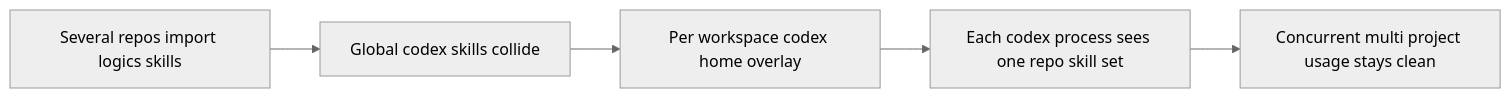
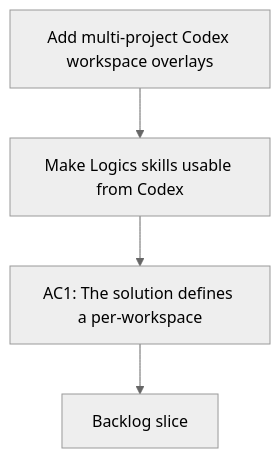
The diagram in logics/request/req_067_add_multi_project_codex_workspace_overlays_for_logics_skills.md (AlexAgo83/logics-manager), drawn with Mermaid (neutral theme) before and after one commit. The commit also changed other lines of this file and 481 other files, not shown here.

````diff
--- a/logics/request/req_067_add_multi_project_codex_workspace_overlays_for_logics_skills.md
+++ b/logics/request/req_067_add_multi_project_codex_workspace_overlays_for_logics_skills.md
@@ -39,9 +39,8 @@
 ```mermaid
 %% logics-kind: request
 %% logics-signature: request|add-multi-project-codex-workspace-overla|make-logics-skills-usable-from-codex|ac1-the-solution-defines-a-per-workspace
-flowchart LR
-    Repos[Several repos import logics skills] --> Problem[Global codex skills collide]
-    Problem --> Overlay[Per workspace codex home overlay]
-    Overlay --> Isolation[Each codex process sees one repo skill set]
-    Isolation --> Outcome[Concurrent multi project usage stays clean]
+flowchart TD
+    Trigger[Add multi-project Codex workspace overlays] --> Need[Make Logics skills usable from Codex]
+    Need --> Outcome[AC1: The solution defines a per-workspace]
+    Outcome --> Backlog[Backlog slice]
 ```
````
